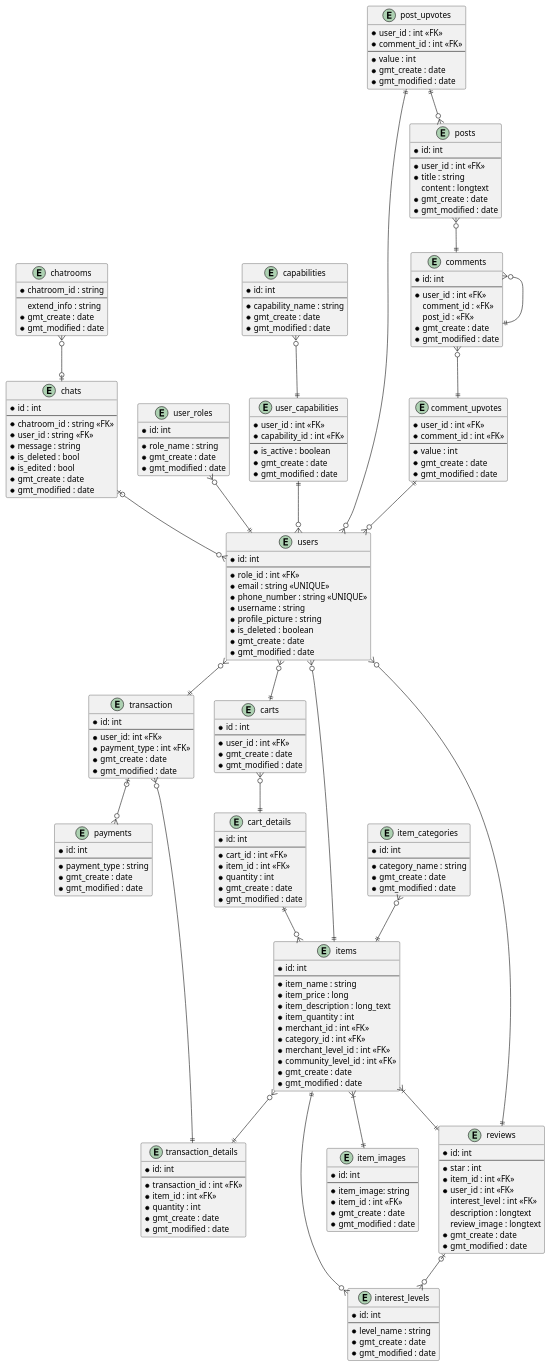
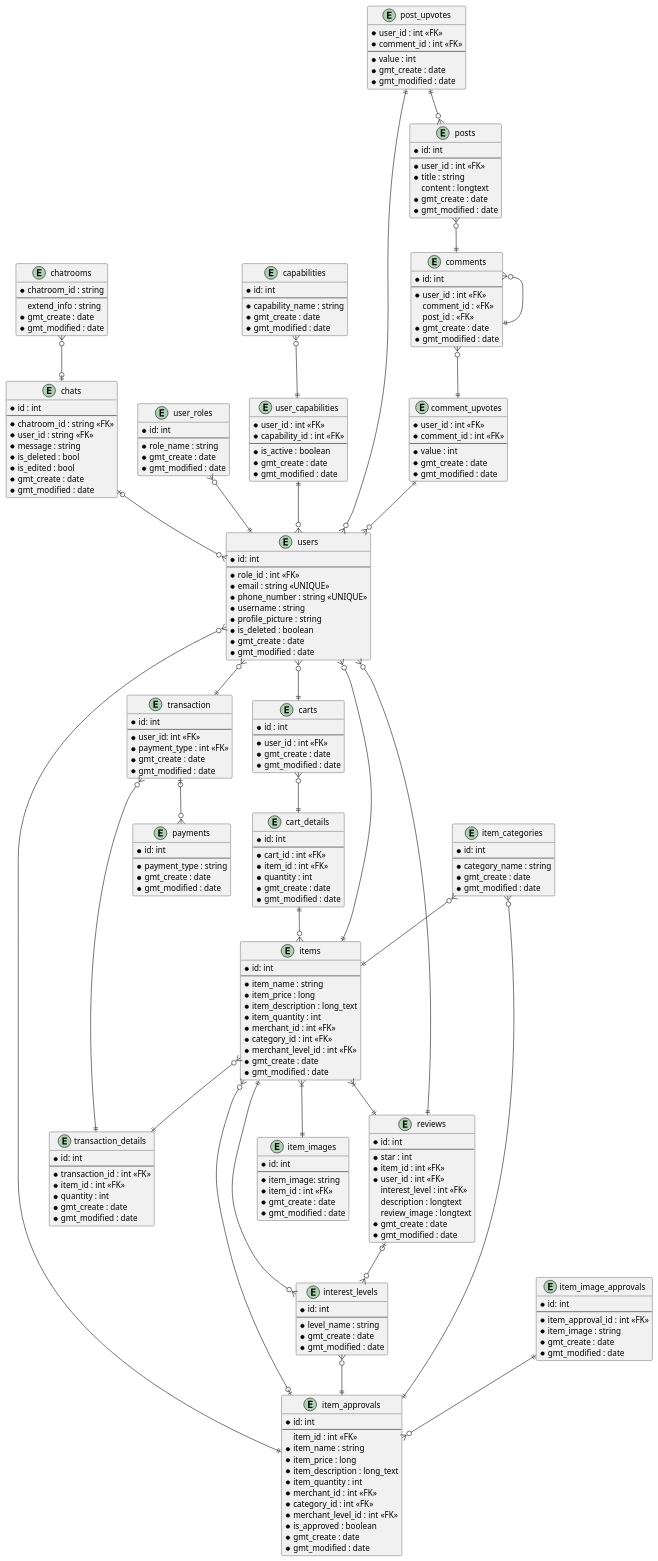
Before and after one commit to aldihsuhandi/skripsi-2023: the diagram in uml/ERD.pu, drawn with PlantUML.

Commit message:
finish ERD

```diff
--- a/uml/ERD.pu
+++ b/uml/ERD.pu
@@ -98,7 +98,31 @@
     * merchant_id : int <<FK>>
     * category_id : int <<FK>>
     * merchant_level_id : int <<FK>>
-    * community_level_id : int <<FK>>
+    * gmt_create : date
+    * gmt_modified : date
+}
+
+entity item_approvals {
+    * id: int
+    --
+      item_id : int <<FK>>
+    * item_name : string
+    * item_price : long
+    * item_description : long_text
+    * item_quantity : int
+    * merchant_id : int <<FK>>
+    * category_id : int <<FK>>
+    * merchant_level_id : int <<FK>>
+    * is_approved : boolean
+    * gmt_create : date
+    * gmt_modified : date
+}
+
+entity item_image_approvals {
+    * id: int
+    --
+    * item_approval_id : int <<FK>>
+    * item_image : string
     * gmt_create : date
     * gmt_modified : date
 }
@@ -225,6 +249,14 @@
 items ||--o{ users
 reviews ||--o{ users
 
+' item approval
+items }o--o| item_approvals
+users }o--|| item_approvals
+item_categories }o--|| item_approvals
+interest_levels }o--|| item_approvals
+item_image_approvals ||--o{ item_approvals
+
+
 ' for discussion purposes
 comments }o--|| comment_upvotes
 comment_upvotes ||--o{ users
```
